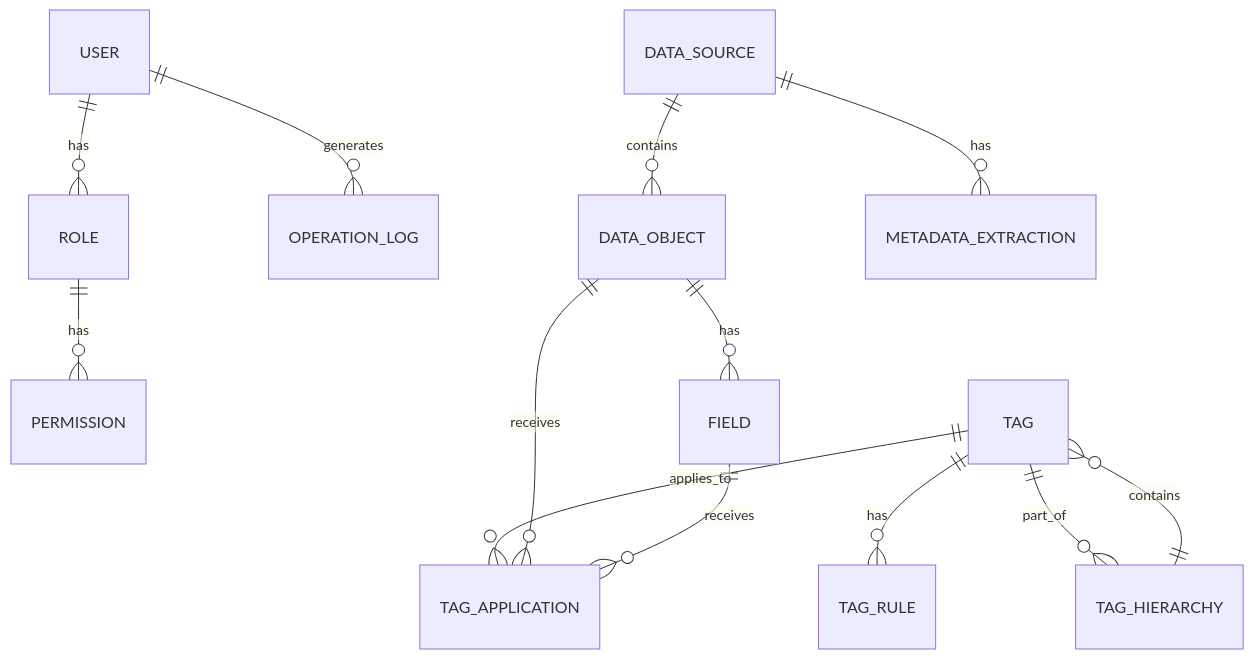
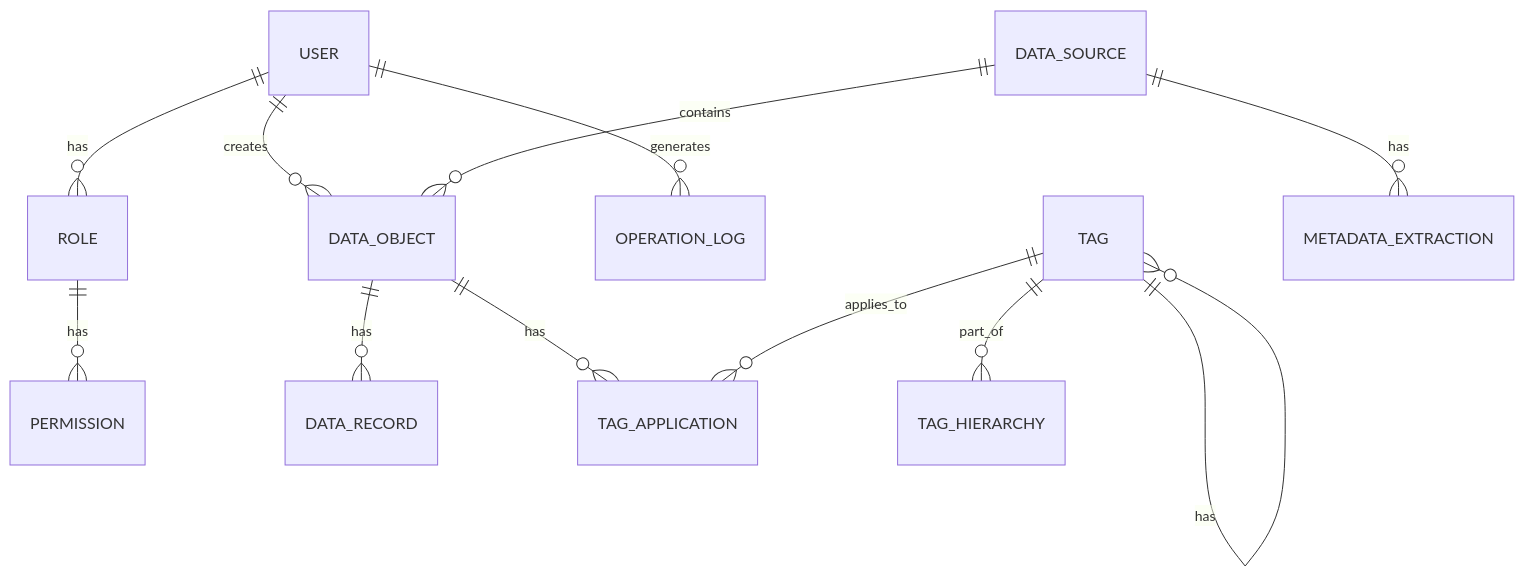
Before and after one commit to nagucc/tag-factory: the first of 2 diagrams in docs/数据对象标签管理应用需求文档.md, drawn with Mermaid. The commit also changed other lines of this file and 1 other file, not shown here.

````diff
--- a/docs/数据对象标签管理应用需求文档.md
+++ b/docs/数据对象标签管理应用需求文档.md
@@ -171,15 +185,14 @@
 ```mermaid
 erDiagram
     USER ||--o{ ROLE : has
+    USER ||--o{ DATA_OBJECT : creates
     ROLE ||--o{ PERMISSION : has
     USER ||--o{ OPERATION_LOG : generates
     DATA_SOURCE ||--o{ DATA_OBJECT : contains
-    DATA_OBJECT ||--o{ FIELD : has
-    TAG ||--o{ TAG_RULE : has
+    DATA_OBJECT ||--o{ DATA_RECORD : has
+    DATA_OBJECT ||--o{ TAG_APPLICATION : has
     TAG ||--o{ TAG_APPLICATION : applies_to
-    DATA_OBJECT ||--o{ TAG_APPLICATION : receives
-    FIELD ||--o{ TAG_APPLICATION : receives
+    TAG ||--o{ TAG : has
     DATA_SOURCE ||--o{ METADATA_EXTRACTION : has
     TAG ||--o{ TAG_HIERARCHY : part_of
-    TAG_HIERARCHY ||--o{ TAG : contains
 ```
````
